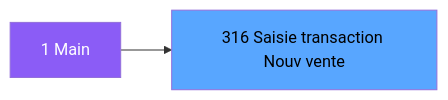
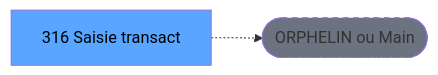
One commit to thonyAGP/lecteur-magic changed the second of 3 diagrams in .openspec/specs/ADH-IDE-316.md. Above: the diagram before and after it, drawn with Mermaid. The commit also changed other lines of this file and 701 other files, not shown here.

````diff
--- a/.openspec/specs/ADH-IDE-316.md
+++ b/.openspec/specs/ADH-IDE-316.md
@@ -162,8 +145,8 @@
 ```mermaid
 graph LR
-    M[1 Main]
-    T[316 Saisie transaction Nouv vente]
-    M --> T
-    style M fill:#8b5cf6,color:#fff
+    T[316 Saisie transact]
+    ORPHAN([ORPHELIN ou Main])
+    T -.-> ORPHAN
     style T fill:#58a6ff,color:#000
+    style ORPHAN fill:#6b7280,stroke-dasharray: 5 5
 ```
````
